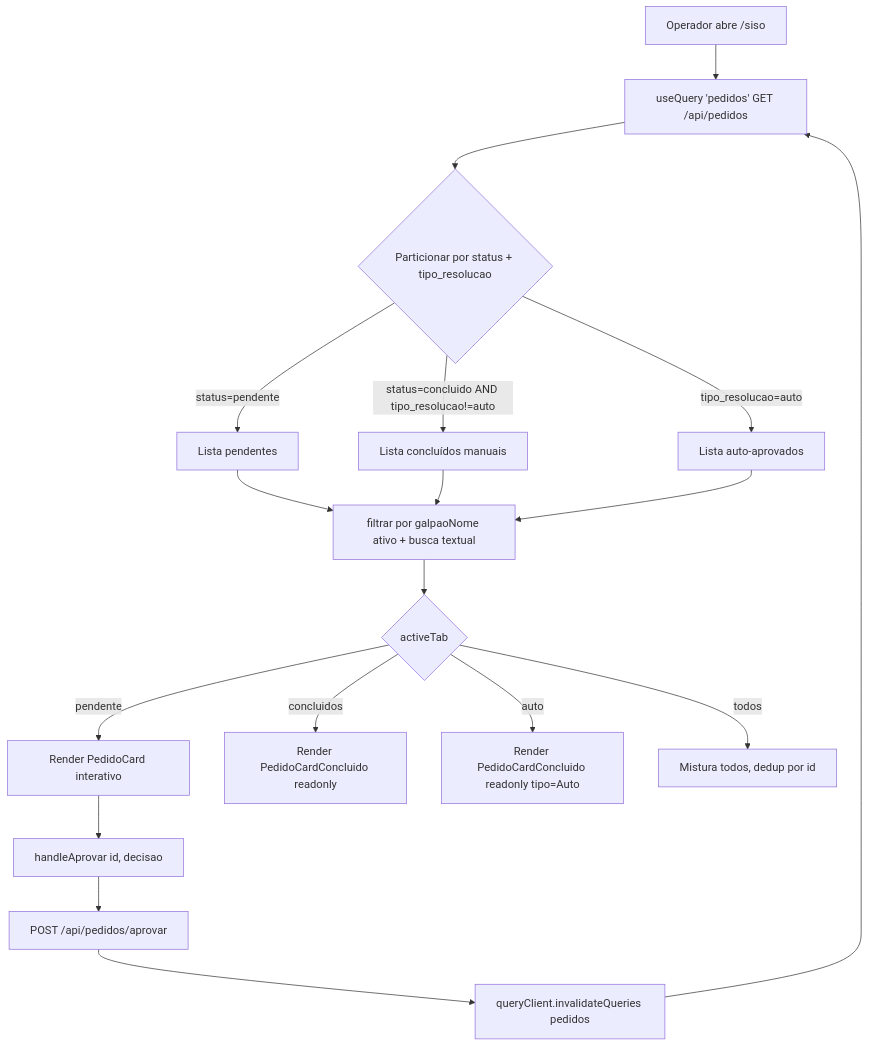
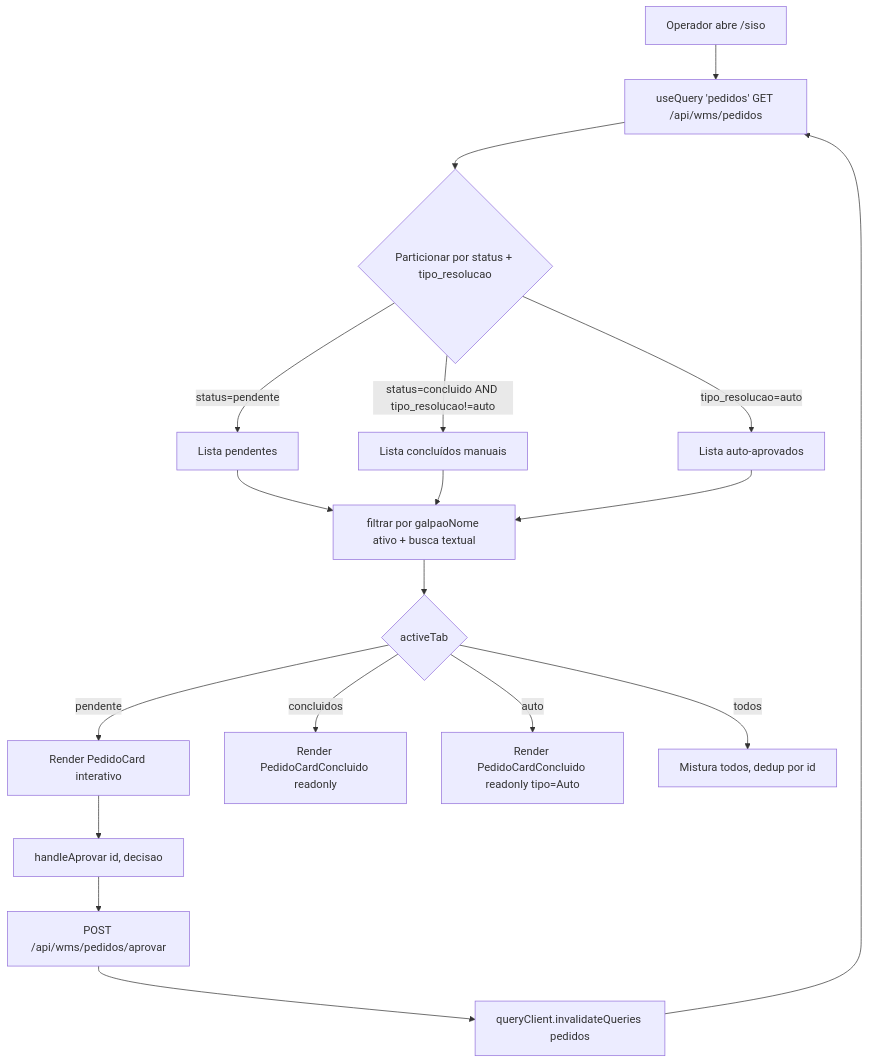
The first of 3 diagrams in docs/fluxos/03-aprovacao-decisao.md (Eryk-dev/estoquelever), drawn with Mermaid before and after one commit. The commit also changed other lines of this file and 20 other files, not shown here.

````diff
--- a/docs/fluxos/03-aprovacao-decisao.md
+++ b/docs/fluxos/03-aprovacao-decisao.md
@@ -563,18 +563,18 @@
 ```mermaid
 flowchart TD
-    User[Operador abre /siso] --> Q[useQuery 'pedidos' GET /api/pedidos]
+    User[Operador abre /siso] --> Q[useQuery 'pedidos' GET /api/wms/pedidos]
     Q --> P{Particionar por status + tipo_resolucao}
     P -->|status=pendente| Pend[Lista pendentes]
     P -->|status=concluido AND tipo_resolucao!=auto| Concl[Lista concluídos manuais]
     P -->|tipo_resolucao=auto| Auto[Lista auto-aprovados]
     Pend & Concl & Auto --> Filt[filtrar por galpaoNome ativo + busca textual]
     Filt --> Tabs{activeTab}
     Tabs -->|pendente| RPend[Render PedidoCard interativo]
     Tabs -->|concluidos| RConcl[Render PedidoCardConcluido readonly]
     Tabs -->|auto| RAuto[Render PedidoCardConcluido readonly tipo=Auto]
     Tabs -->|todos| RTodos[Mistura todos, dedup por id]
     RPend --> Aprov[handleAprovar id, decisao]
-    Aprov --> API[POST /api/pedidos/aprovar]
+    Aprov --> API[POST /api/wms/pedidos/aprovar]
     API --> Inv[queryClient.invalidateQueries pedidos]
     Inv --> Q
 ```
````
